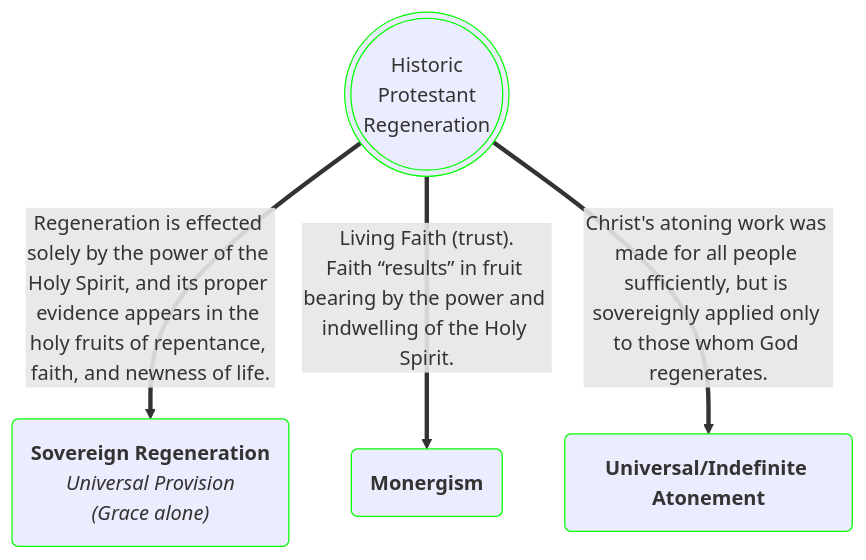
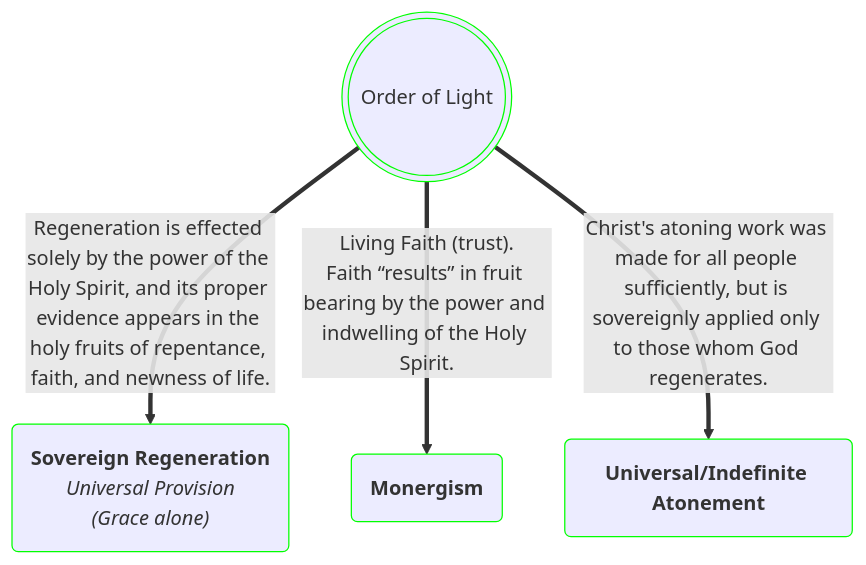
One commit to OrdoLuminis/ordoluminis.github.io changed the fifth of 5 diagrams in _posts/2025-08-03-historic-protestant-position.markdown. Above: the diagram before and after it, drawn with Mermaid. The commit also changed other lines of this file, not shown here.

Commit message:
Label Change

````diff
--- a/_posts/2025-08-03-historic-protestant-position.markdown
+++ b/_posts/2025-08-03-historic-protestant-position.markdown
@@ -357,8 +357,8 @@
 ```mermaid
 flowchart TD
-    A(((Historic<br>Protestant<br>Regeneration))):::green
+    A(((Order of Light))):::green
     A ==>|Regeneration is effected solely by the power of the Holy Spirit, and its proper evidence appears in the holy fruits of repentance, faith, and newness of life.| B(<strong>Sovereign Regeneration</strong><br><em>Universal Provision<br>&lpar;Grace alone&rpar;</em>):::green
     A ==>|Living Faith &lpar;trust&rpar;.<br>Faith &ldquo;results&rdquo; in fruit bearing by the power and indwelling of the Holy Spirit.| C(<strong>Monergism</strong>):::green
     A ==>|Christ's atoning work was made for all people sufficiently, but is sovereignly applied only to those whom God regenerates.| D(<strong>Universal&sol;Indefinite Atonement</strong>):::green
     classDef green stroke:#0f0
 ```
````
